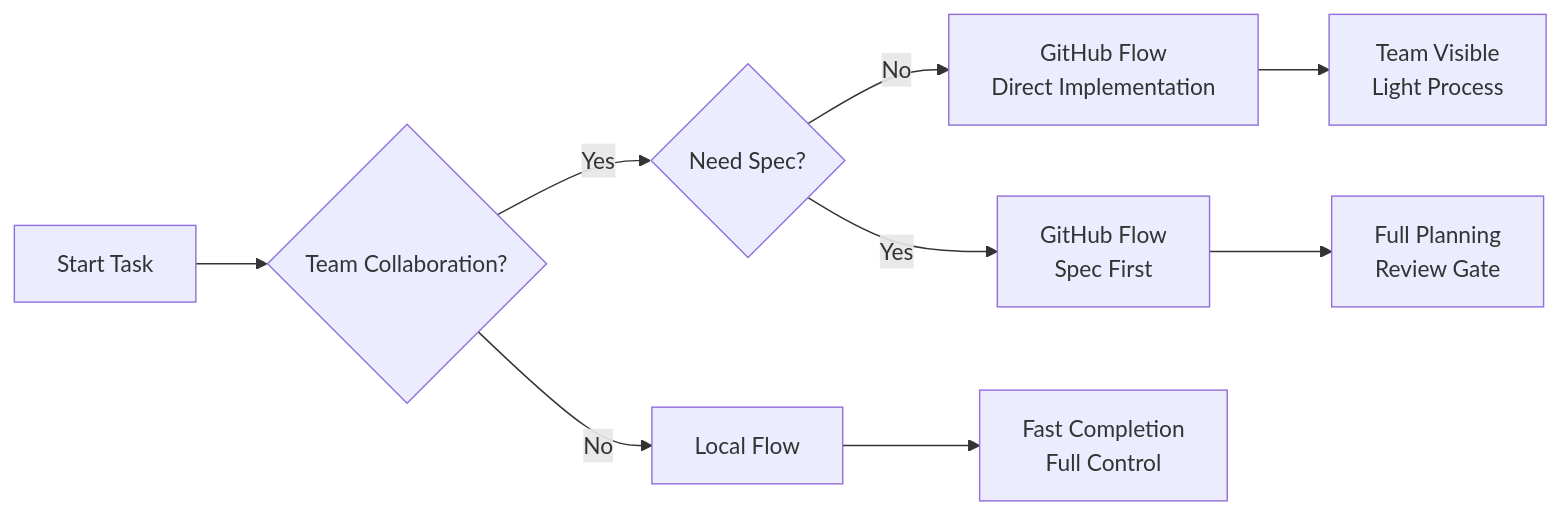
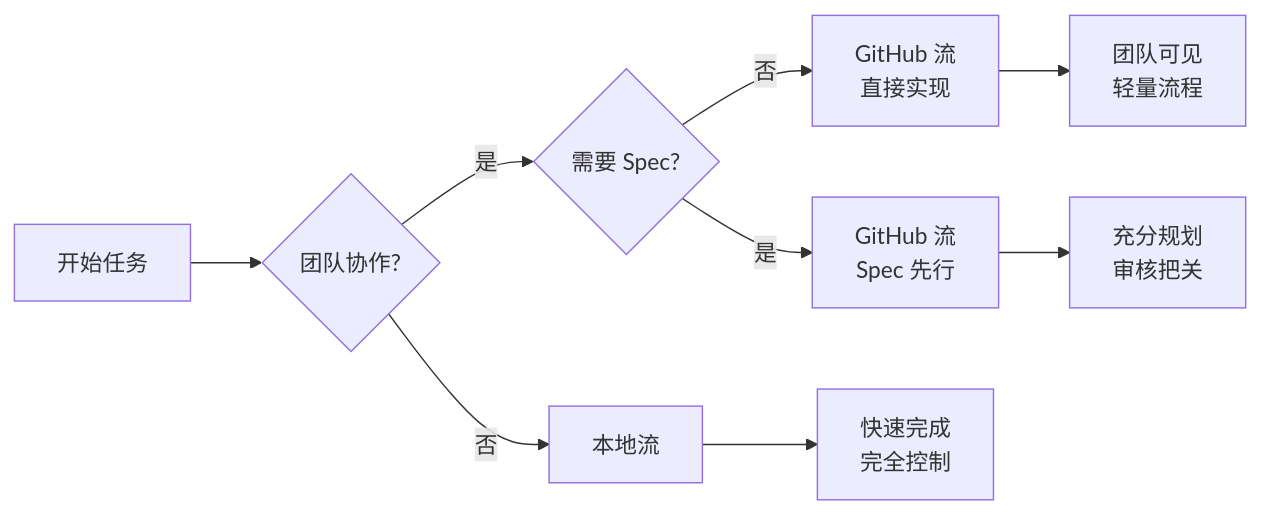
Before and after one commit to jialinamazon404/DevForge-Flow: the second of 2 diagrams in README.md, drawn with Mermaid. The commit also changed other lines of this file and 1 other file, not shown here.

````diff
--- a/README.md
+++ b/README.md
@@ -386,12 +471,12 @@
 ```mermaid
 flowchart LR
-    A[Start Task] --> B{Team Collaboration?}
-    B -->|No| C[Local Flow]
-    B -->|Yes| D{Need Spec?}
-    D -->|No| E[GitHub Flow<br/>Direct Implementation]
-    D -->|Yes| F[GitHub Flow<br/>Spec First]
+    A[开始任务] --> B{团队协作?}
+    B -->|否| C[本地流]
+    B -->|是| D{需要 Spec?}
+    D -->|否| E[GitHub 流<br/>直接实现]
+    D -->|是| F[GitHub 流<br/>Spec 先行]
     
-    C --> G[Fast Completion<br/>Full Control]
-    E --> H[Team Visible<br/>Light Process]
-    F --> I[Full Planning<br/>Review Gate]
+    C --> G[快速完成<br/>完全控制]
+    E --> H[团队可见<br/>轻量流程]
+    F --> I[充分规划<br/>审核把关]
 ```
````
